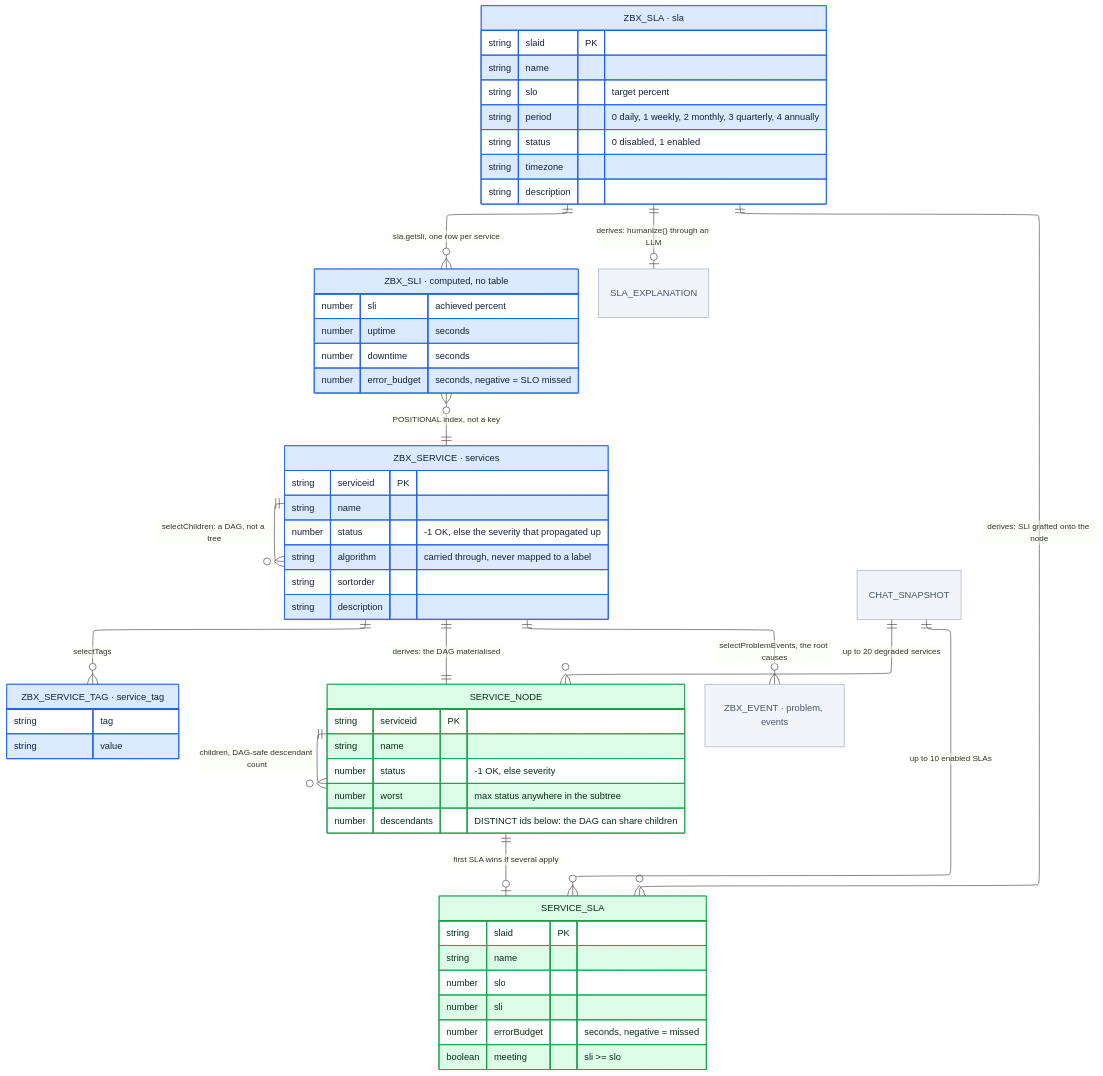
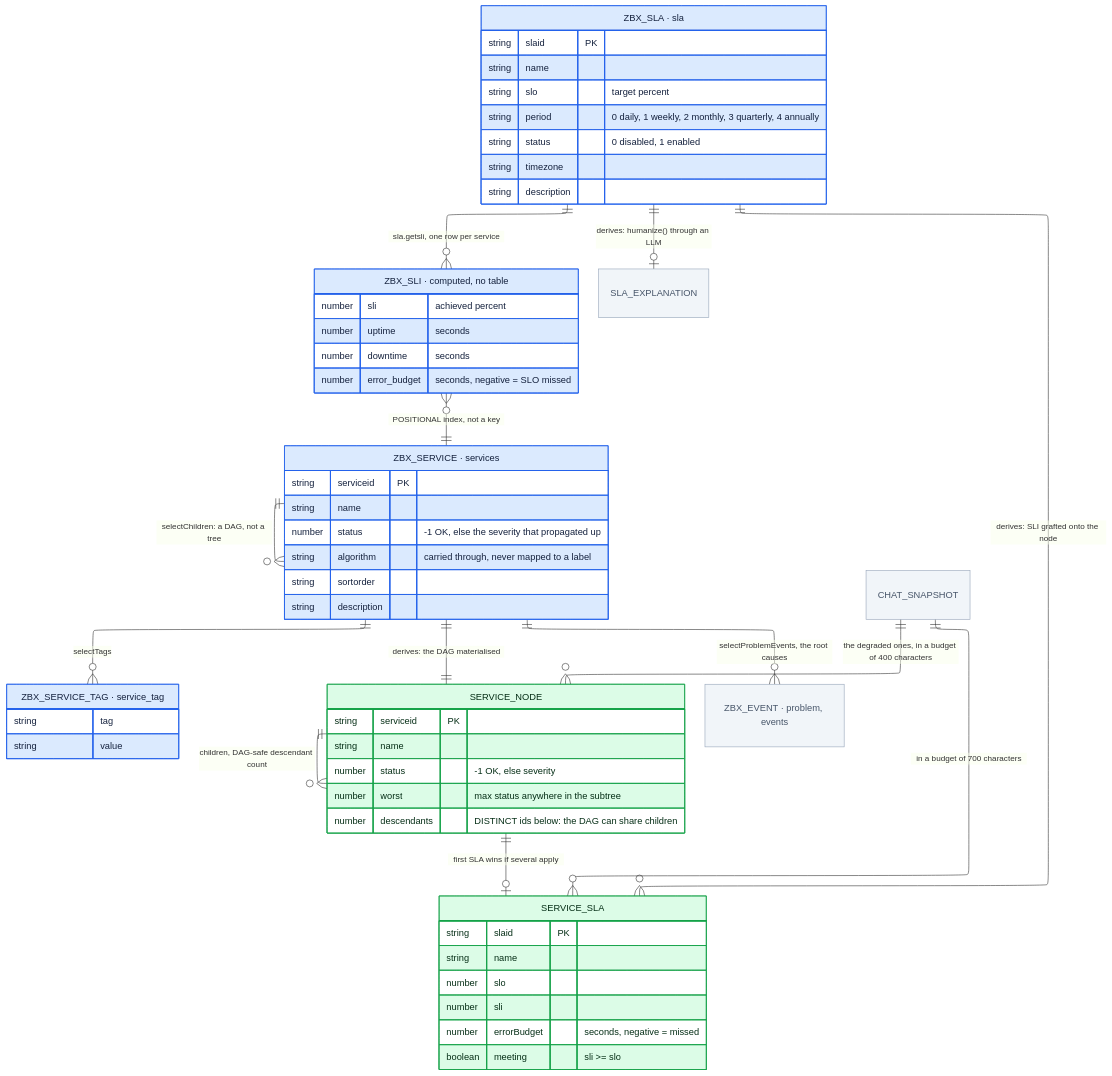
Before and after one commit to Fxkra28/Dashboard-Zabbix-Prototype: the sixth of 10 diagrams in docs/erd/vanilla/ERD-Domains.md, drawn with Mermaid. The commit also changed other lines of this file and 71 other files, not shown here.

````diff
--- a/docs/erd/vanilla/ERD-Domains.md
+++ b/docs/erd/vanilla/ERD-Domains.md
@@ -403,73 +445,73 @@
 ```mermaid
 ---
 config:
   layout: elk
 ---
 erDiagram
     direction TB
     ZBX_SERVICE["ZBX_SERVICE · services"] {
         string serviceid PK
         string name
         number status "-1 OK, else the severity that propagated up"
         string algorithm "carried through, never mapped to a label"
         string sortorder
         string description
     }
     ZBX_SERVICE_TAG["ZBX_SERVICE_TAG · service_tag"] {
         string tag
         string value
     }
     ZBX_SLA["ZBX_SLA · sla"] {
         string slaid PK
         string name
         string slo "target percent"
         string period "0 daily, 1 weekly, 2 monthly, 3 quarterly, 4 annually"
         string status "0 disabled, 1 enabled"
         string timezone
         string description
     }
     ZBX_SLI["ZBX_SLI · computed, no table"] {
         number sli "achieved percent"
         number uptime "seconds"
         number downtime "seconds"
         number error_budget "seconds, negative = SLO missed"
     }
     SERVICE_NODE {
         string serviceid PK
         string name
         number status "-1 OK, else severity"
         number worst "max status anywhere in the subtree"
         number descendants "DISTINCT ids below: the DAG can share children"
     }
     SERVICE_SLA {
         string slaid PK
         string name
         number slo
         number sli
         number errorBudget "seconds, negative = missed"
         boolean meeting "sli >= slo"
     }
     ZBX_EVENT["ZBX_EVENT · problem, events"]
 
     ZBX_SERVICE          ||--o{ ZBX_SERVICE          : "selectChildren: a DAG, not a tree"
     ZBX_SERVICE          ||--o{ ZBX_SERVICE_TAG      : "selectTags"
     ZBX_SLA              ||--o{ ZBX_SLI              : "sla.getsli, one row per service"
     ZBX_SLI              }o--|| ZBX_SERVICE          : "POSITIONAL index, not a key"
     ZBX_SERVICE          ||--|| SERVICE_NODE         : "derives: the DAG materialised"
     SERVICE_NODE         ||--o{ SERVICE_NODE         : "children, DAG-safe descendant count"
     SERVICE_NODE         ||--o| SERVICE_SLA          : "first SLA wins if several apply"
     ZBX_SLA              ||--o{ SERVICE_SLA          : "derives: SLI grafted onto the node"
 
     ZBX_SERVICE          ||--o{ ZBX_EVENT            : "selectProblemEvents, the root causes"
     ZBX_SLA              ||--o| SLA_EXPLANATION      : "derives: humanize() through an LLM"
-    CHAT_SNAPSHOT        ||--o{ SERVICE_NODE         : "up to 20 degraded services"
-    CHAT_SNAPSHOT        ||--o{ SERVICE_SLA          : "up to 10 enabled SLAs"
+    CHAT_SNAPSHOT        ||--o{ SERVICE_NODE         : "the degraded ones, in a budget of 400 characters"
+    CHAT_SNAPSHOT        ||--o{ SERVICE_SLA          : "in a budget of 700 characters"
 
     classDef zbx      fill:#dbeafe,stroke:#2563eb,color:#14213d
     classDef derived  fill:#dcfce7,stroke:#16a34a,color:#052e16
     classDef local    fill:#fef3c7,stroke:#d97706,color:#451a03
     classDef external fill:#f1f5f9,stroke:#94a3b8,color:#475569
     class ZBX_SERVICE,ZBX_SERVICE_TAG,ZBX_SLA,ZBX_SLI zbx
     class SERVICE_NODE,SERVICE_SLA derived
     class CHAT_SNAPSHOT,SLA_EXPLANATION,ZBX_EVENT external
 ```
````
